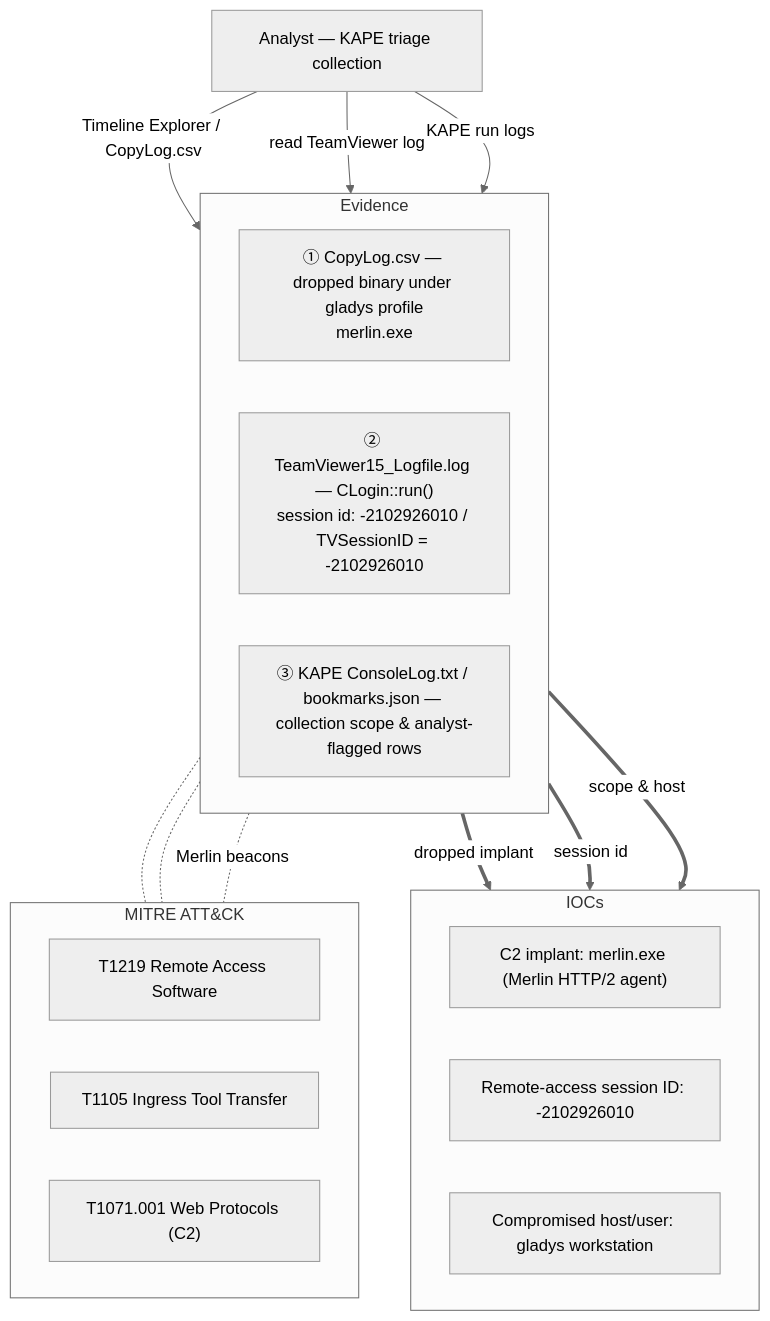
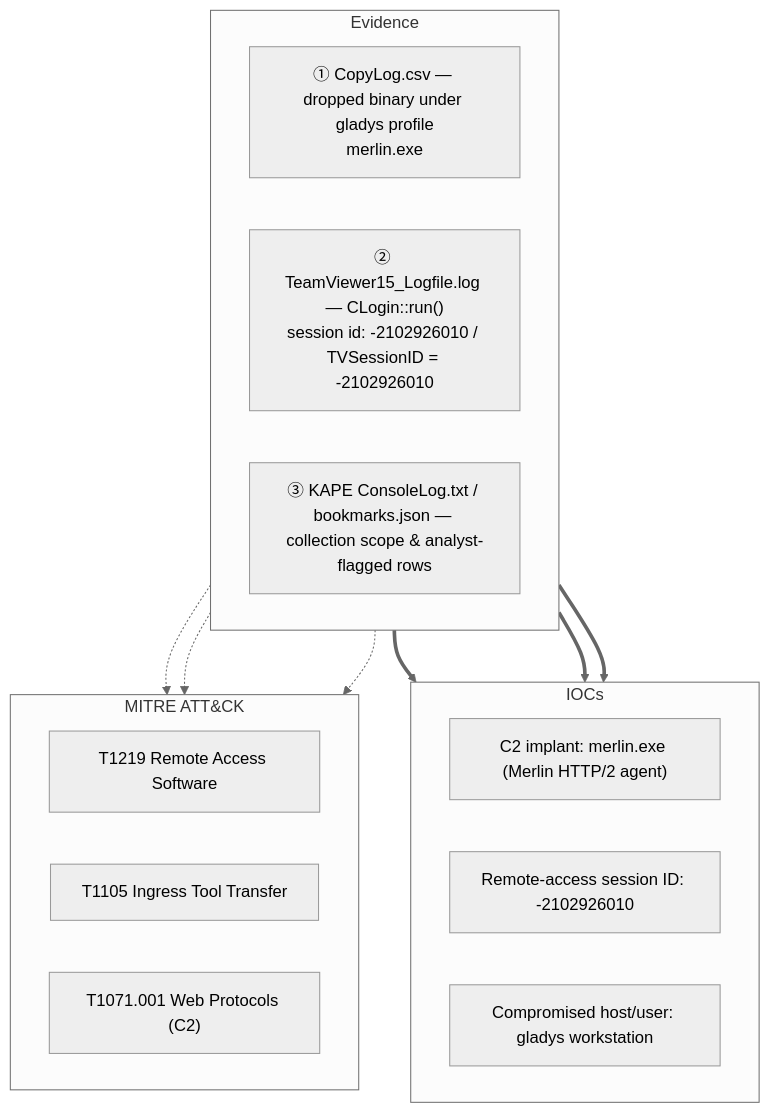
Before and after one commit to morimori-dev/morimori-dev.github.io: the diagram in _posts/2026-06-25-htb-sherlock-ticktock.md, drawn with Mermaid (neutral theme). The commit also changed 11 other files, not shown here.

````diff
--- a/_posts/2026-06-25-htb-sherlock-ticktock.md
+++ b/_posts/2026-06-25-htb-sherlock-ticktock.md
@@ -105,35 +105,31 @@
 ```mermaid
 flowchart TB
-    ANALYST["Analyst — KAPE triage collection"]
 
     subgraph EVID["Evidence"]
         direction LR
         V1["① CopyLog.csv — dropped binary under gladys profile<br/>merlin.exe"]
         V2["② TeamViewer15_Logfile.log — CLogin::run()<br/>session id: -2102926010 / TVSessionID = -2102926010"]
         V3["③ KAPE ConsoleLog.txt / bookmarks.json — collection scope &amp; analyst-flagged rows"]
     end
 
     subgraph IOCS["IOCs"]
         direction LR
         O1["C2 implant: merlin.exe (Merlin HTTP/2 agent)"]
         O2["Remote-access session ID: -2102926010"]
         O3["Compromised host/user: gladys workstation"]
     end
 
     subgraph ATTACK["MITRE ATT&CK"]
         direction LR
         T1["T1219 Remote Access Software"]
         T2["T1105 Ingress Tool Transfer"]
         T3["T1071.001 Web Protocols (C2)"]
     end
 
-    ANALYST -->|"Timeline Explorer / CopyLog.csv"| V1
-    V1 ==>|"dropped implant"| O1
-    ANALYST -->|"read TeamViewer log"| V2
-    V2 ==>|"session id"| O2
-    ANALYST -->|"KAPE run logs"| V3
-    V3 ==>|"scope & host"| O3
-    V2 -.- T1
-    V1 -.- T2
-    V1 -.-|"Merlin beacons"| T3
+    V1 ==> O1
+    V2 ==> O2
+    V3 ==> O3
+    V2 -.-> T1
+    V1 -.-> T2
+    V1 -.-> T3
 ```
````
